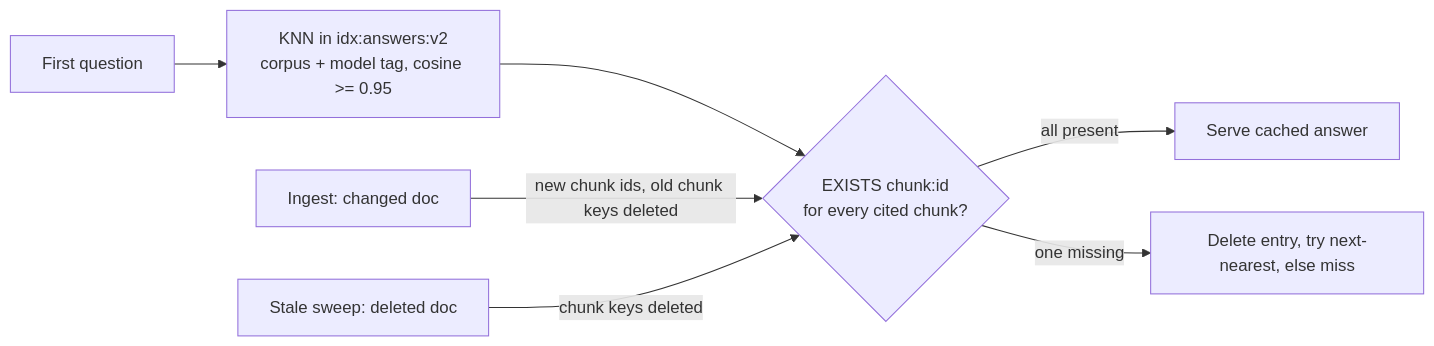
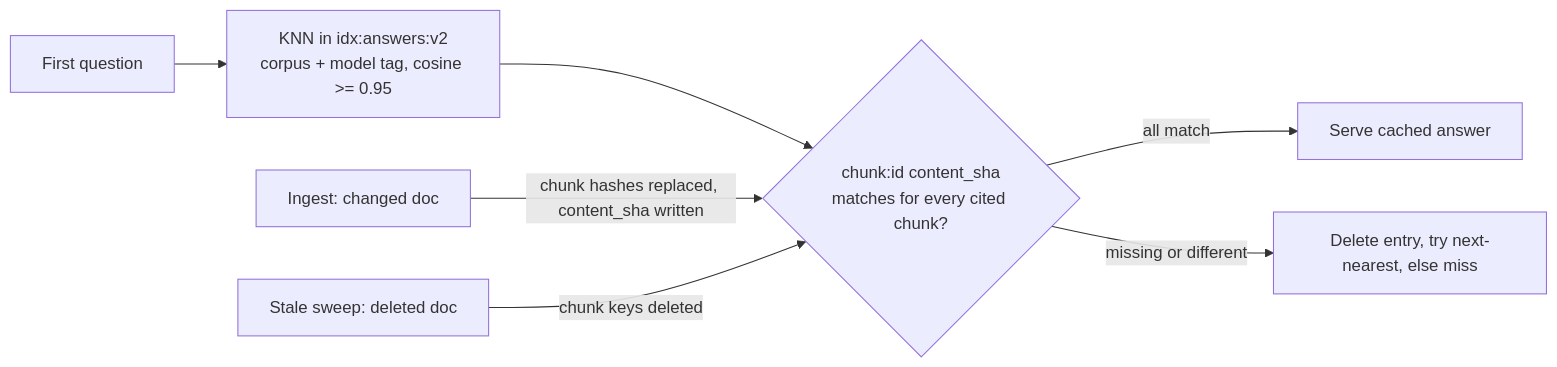
One commit to hacka-tron/basel.engineering changed the diagram in project/status/2026-10-01-answer-cache-sources.md. Above: the diagram before and after it, drawn with Mermaid. The commit also changed other lines of this file and 14 other files, not shown here.

First line of the commit message:
Answer cache: validate source content, not just chunk existence (review round 1)

````diff
--- a/project/status/2026-10-01-answer-cache-sources.md
+++ b/project/status/2026-10-01-answer-cache-sources.md
@@ -15,9 +15,9 @@
 ```mermaid
 flowchart LR
     Q[First question] --> KNN[KNN in idx:answers:v2<br/>corpus + model tag, cosine >= 0.95]
-    KNN --> CHK{EXISTS chunk:id<br/>for every cited chunk?}
-    CHK -- all present --> HIT[Serve cached answer]
-    CHK -- one missing --> DEL[Delete entry, try next-nearest, else miss]
-    ING[Ingest: changed doc] -->|new chunk ids, old chunk keys deleted| CHK
+    KNN --> CHK{chunk:id content_sha<br/>matches for every cited chunk?}
+    CHK -- all match --> HIT[Serve cached answer]
+    CHK -- missing or different --> DEL[Delete entry, try next-nearest, else miss]
+    ING[Ingest: changed doc] -->|chunk hashes replaced, content_sha written| CHK
     SW[Stale sweep: deleted doc] -->|chunk keys deleted| CHK
 ```
````
